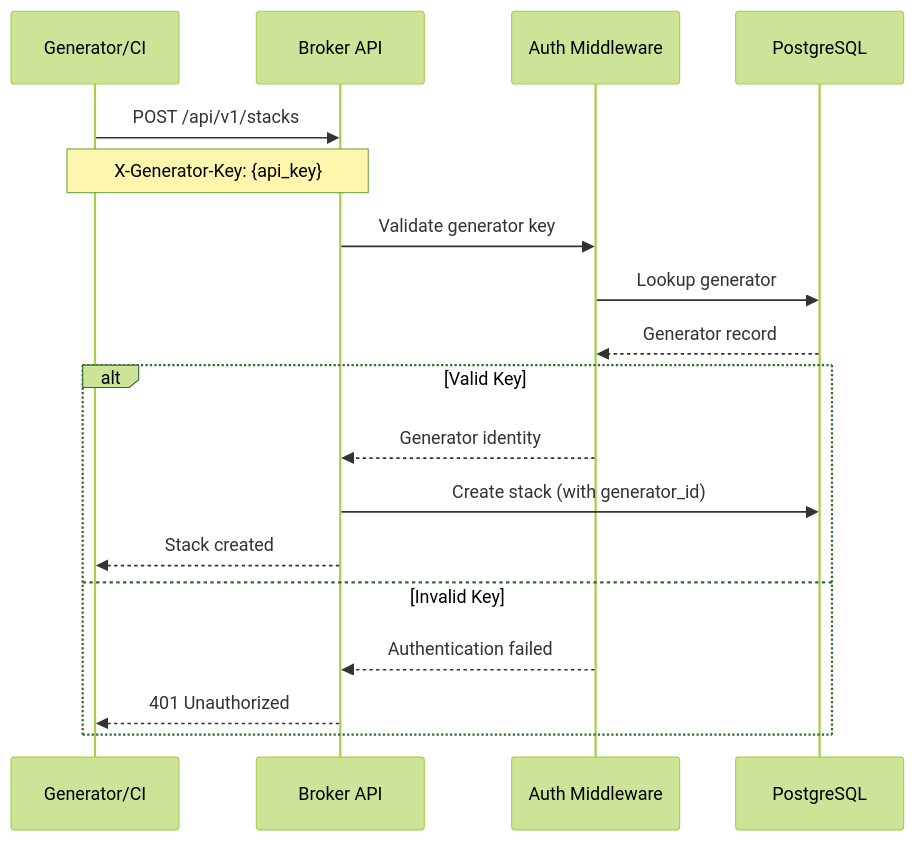
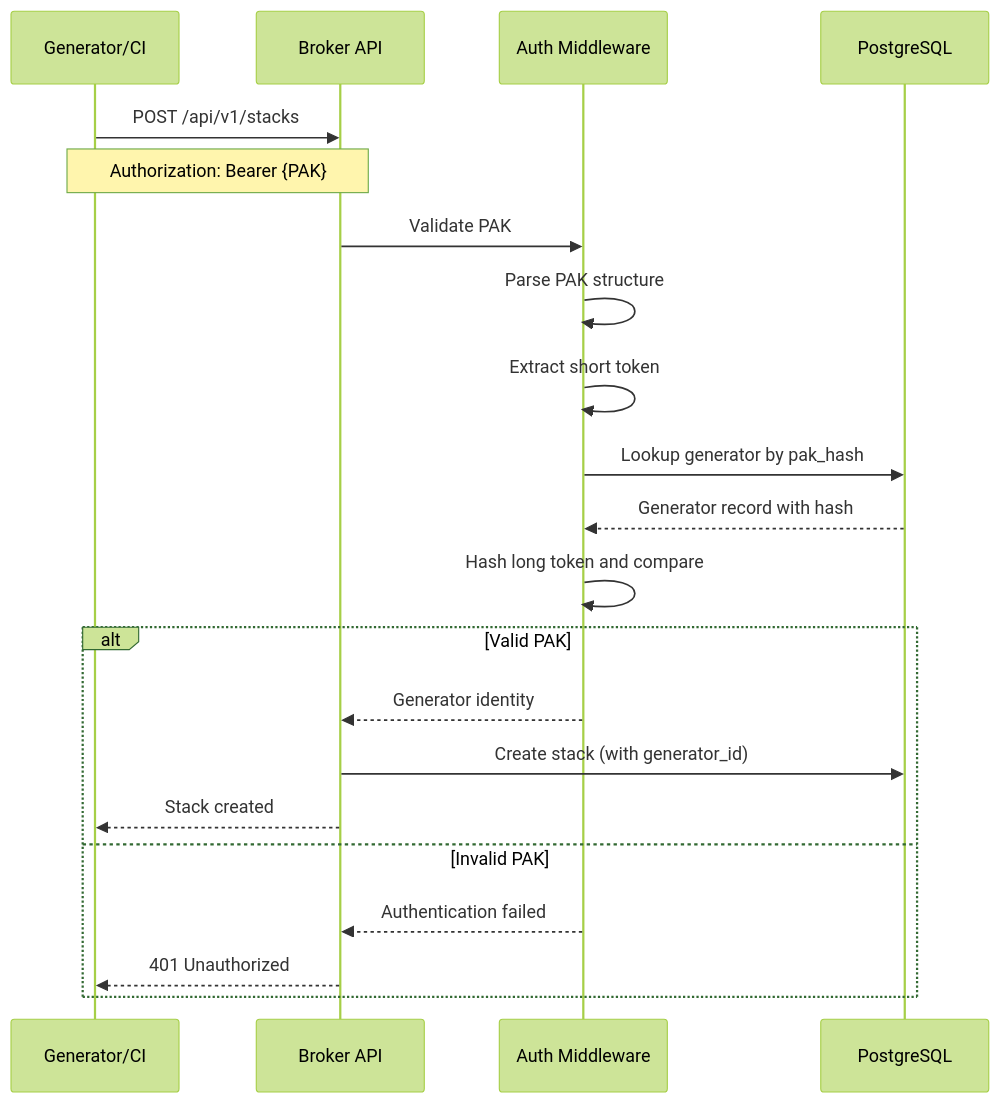
Before and after one commit to colliery-io/brokkr: the tenth of 11 diagrams in docs/content/explanation/data-flows.md, drawn with Mermaid (forest theme). The commit also changed other lines of this file and 45 other files, not shown here.

```diff
--- a/docs/content/explanation/data-flows.md
+++ b/docs/content/explanation/data-flows.md
@@ -391,23 +394,26 @@
 {{< mermaid >}}
 sequenceDiagram
     participant Generator as Generator/CI
     participant Broker as Broker API
     participant Auth as Auth Middleware
     participant DB as PostgreSQL
 
     Generator->>Broker: POST /api/v1/stacks
-    Note over Generator,Broker: X-Generator-Key: {api_key}
+    Note over Generator,Broker: Authorization: Bearer {PAK}
 
-    Broker->>Auth: Validate generator key
-    Auth->>DB: Lookup generator
-    DB-->>Auth: Generator record
+    Broker->>Auth: Validate PAK
+    Auth->>Auth: Parse PAK structure
+    Auth->>Auth: Extract short token
+    Auth->>DB: Lookup generator by pak_hash
+    DB-->>Auth: Generator record with hash
+    Auth->>Auth: Hash long token and compare
 
-    alt Valid Key
+    alt Valid PAK
         Auth-->>Broker: Generator identity
         Broker->>DB: Create stack (with generator_id)
         Broker-->>Generator: Stack created
-    else Invalid Key
+    else Invalid PAK
         Auth-->>Broker: Authentication failed
         Broker-->>Generator: 401 Unauthorized
     end
 {{< /mermaid >}}
```
